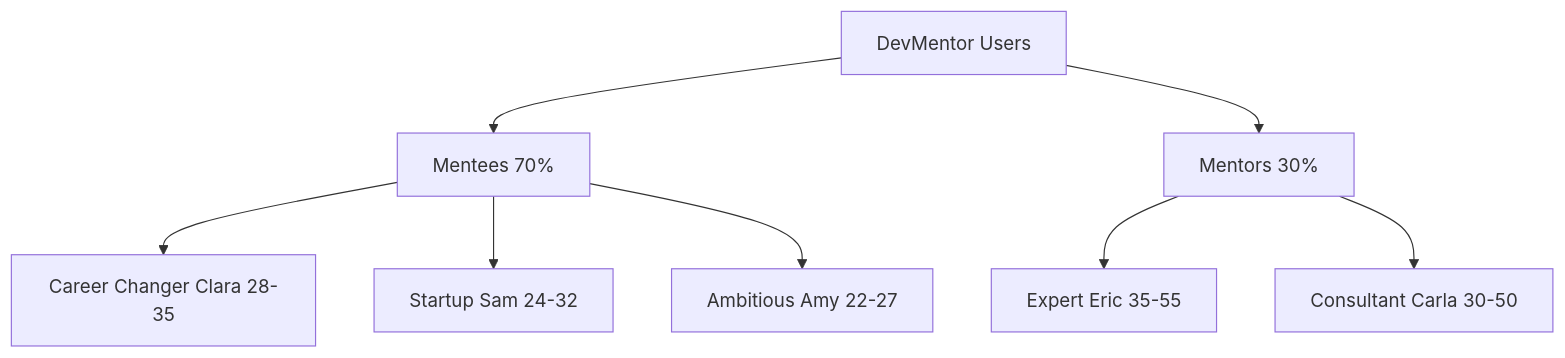
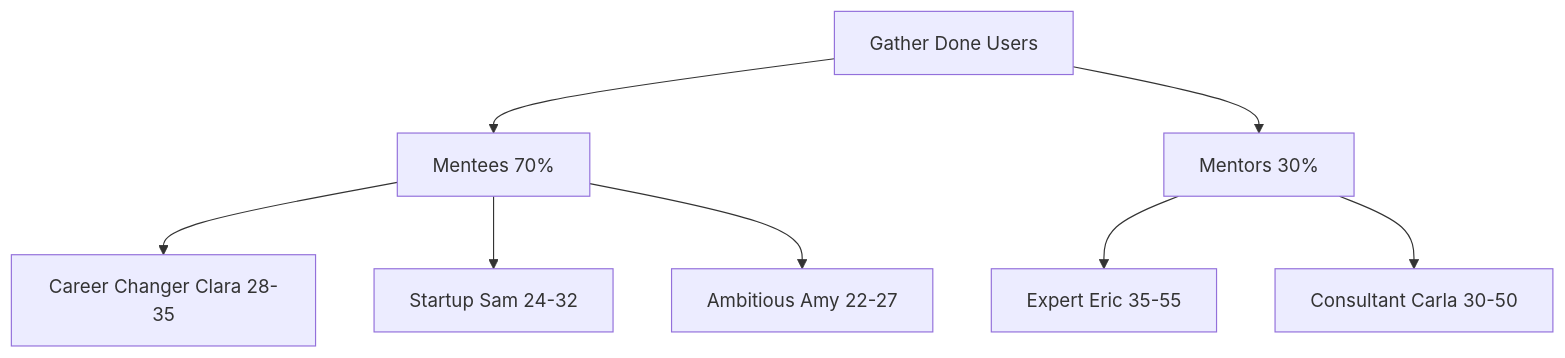
Before and after one commit to Michaelmira/devMentor-slim: the diagram in !AI-CONTENT-ENGINE/memory-bank/company-products.mdc, drawn with Mermaid. The commit also changed other lines of this file and 10 other files, not shown here.

````diff
--- a/!AI-CONTENT-ENGINE/memory-bank/company-products.mdc
+++ b/!AI-CONTENT-ENGINE/memory-bank/company-products.mdc
@@ -89,12 +89,12 @@
 ```mermaid
 graph TD
-    A[DevMentor Users] --> B[Mentees 70%]
+    A[Gather Done Users] --> B[Mentees 70%]
     A --> C[Mentors 30%]
     
     B --> D[Career Changer Clara 28-35]
     B --> E[Startup Sam 24-32] 
     B --> F[Ambitious Amy 22-27]
     
     C --> G[Expert Eric 35-55]
     C --> H[Consultant Carla 30-50]
 ```
````
